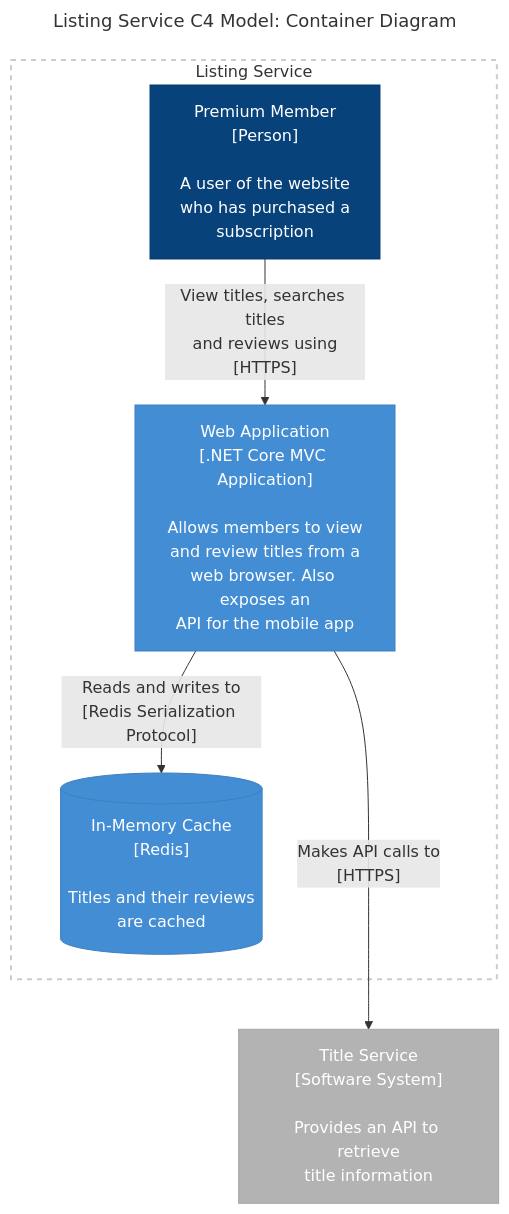
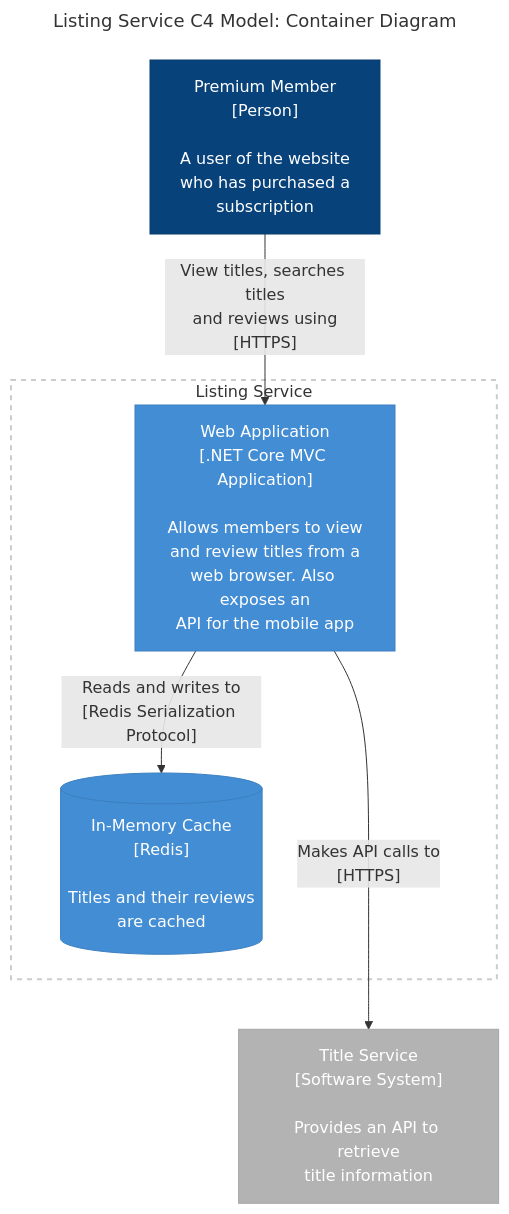
One commit to alextanhongpin/learn-mermaid changed the diagram in README.md. Above: the diagram before and after it, drawn with Mermaid.

Commit message:
chore: move Person out of boundary

````diff
--- a/README.md
+++ b/README.md
@@ -4,36 +4,36 @@
 ```mermaid
 ---
 title: "Listing Service C4 Model: Container Diagram"
 ---
 flowchart TD
     %% Styles
     classDef person fill:#08427B,stroke:#073B6F,color:white
     classDef container fill:#438DD5,stroke:#3C7FC0,color:white
     classDef container_ext fill:#B3B3B3,stroke:#A6A6A6,color:white
 
     %% Tips: Add a new line every 4-5 words.
     p0["Premium Member\n[Person]\n\nA user of the website\nwho has purchased a\nsubscription"]
     web0["Web Application\n[.NET Core MVC Application]\n\nAllows members to view\nand review titles from a\nweb browser. Also exposes an\nAPI for the mobile app"]
     cache0[("In-Memory Cache\n[Redis]\n\nTitles and their reviews\nare cached")]
 
     %% Services
     tsvc["Title Service\n[Software System]\n\nProvides an API to retrieve\ntitle information"]
 
+    p0 -- "View titles, searches titles\nand reviews using\n[HTTPS]" --> web0
     subgraph boundary["Listing Service"]
         %% Your boundary here
-        p0 -- "View titles, searches titles\nand reviews using\n[HTTPS]" --> web0
         web0 -- "Reads and writes to\n[Redis Serialization Protocol]" --> cache0
     end
 
 
     web0 -- "Makes API calls to\n[HTTPS]" ---> tsvc
     
     
     click web0 "https://github.com/alextanhongpin/learn-mermaid/blob/main/README.md#come-here" "Opens new page" _blank
     click p0 "https://github.com/alextanhongpin/learn-mermaid/blob/main/README.md#come-here" "Opens in current page"
 
     class p0 person
     class web0,cache0 container
     class tsvc container_ext
     style boundary fill:none,stroke:#ccc,stroke-width:2px,stroke-dasharray: 5 5
 ```
````
